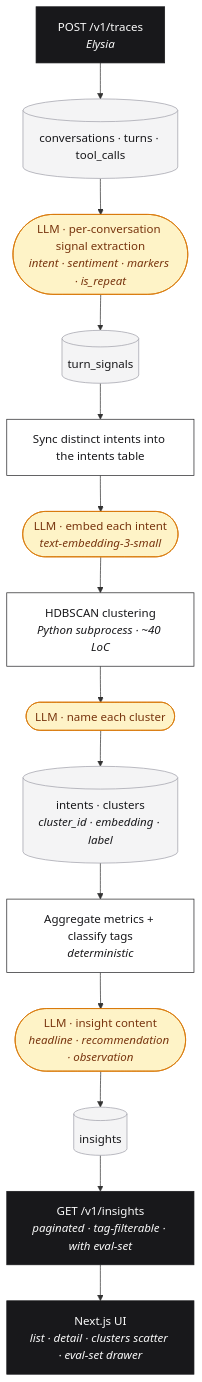
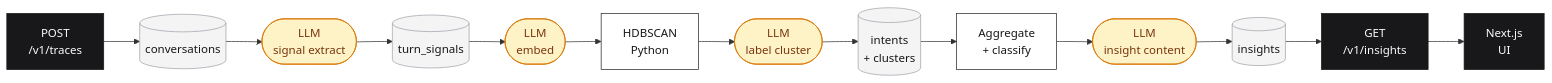
The diagram in REASONING.md (kashgohil/agnost), drawn with Mermaid before and after one commit.

Commit message:
Updated graph

````diff
--- a/REASONING.md
+++ b/REASONING.md
@@ -11,30 +11,25 @@
 ```mermaid
-flowchart TB
-    A["POST /v1/traces<br/><i>Elysia</i>"]
-    A --> Convos[("conversations · turns · tool_calls")]
-
-    Convos --> SigLLM(["LLM · per-conversation signal extraction<br/><i>intent · sentiment · markers · is_repeat</i>"])
-    SigLLM --> Sigs[("turn_signals")]
-
-    Sigs --> Sync["Sync distinct intents into the intents table"]
-    Sync --> EmbLLM(["LLM · embed each intent<br/><i>text-embedding-3-small</i>"])
-    EmbLLM --> HDB["HDBSCAN clustering<br/><i>Python subprocess · ~40 LoC</i>"]
-    HDB --> LabLLM(["LLM · name each cluster"])
-    LabLLM --> Ints[("intents · clusters<br/><i>cluster_id · embedding · label</i>")]
-
-    Ints --> Agg["Aggregate metrics + classify tags<br/><i>deterministic</i>"]
-    Agg --> ConLLM(["LLM · insight content<br/><i>headline · recommendation · observation</i>"])
-    ConLLM --> Ins[("insights")]
-
-    Ins --> API["GET /v1/insights<br/><i>paginated · tag-filterable · with eval-set</i>"]
-    API --> UI["Next.js UI<br/><i>list · detail · clusters scatter · eval-set drawer</i>"]
+flowchart LR
+    POST["POST<br/>/v1/traces"]
+    POST --> Convos[("conversations")]
+    Convos --> L1(["LLM<br/>signal extract"])
+    L1 --> Sigs[("turn_signals")]
+    Sigs --> L2(["LLM<br/>embed"])
+    L2 --> HDB["HDBSCAN<br/>Python"]
+    HDB --> L3(["LLM<br/>label cluster"])
+    L3 --> Ints[("intents<br/>+ clusters")]
+    Ints --> Agg["Aggregate<br/>+ classify"]
+    Agg --> L4(["LLM<br/>insight content"])
+    L4 --> Ins[("insights")]
+    Ins --> GET["GET<br/>/v1/insights"]
+    GET --> UI["Next.js<br/>UI"]
 
     classDef store fill:#f4f4f5,stroke:#a1a1aa,color:#18181b
     classDef compute fill:#fff,stroke:#27272a,color:#18181b
     classDef llm fill:#fef3c7,stroke:#d97706,color:#78350f
     classDef io fill:#18181b,stroke:#18181b,color:#fafafa
     class Convos,Sigs,Ints,Ins store
-    class Sync,HDB,Agg compute
-    class SigLLM,EmbLLM,LabLLM,ConLLM llm
-    class A,API,UI io
+    class HDB,Agg compute
+    class L1,L2,L3,L4 llm
+    class POST,GET,UI io
 ```
````
